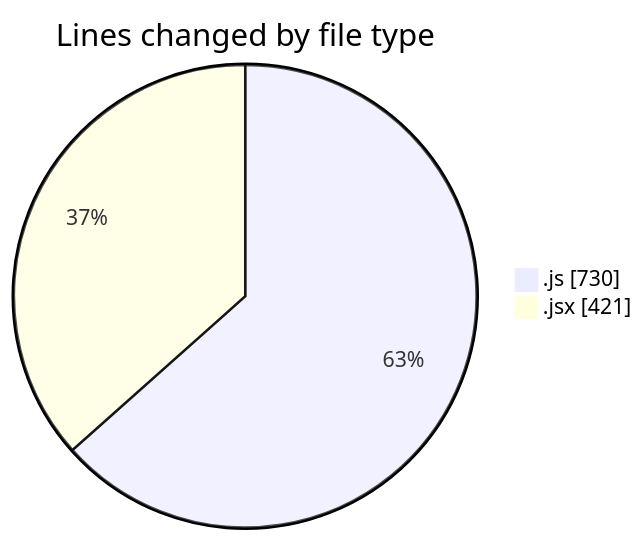
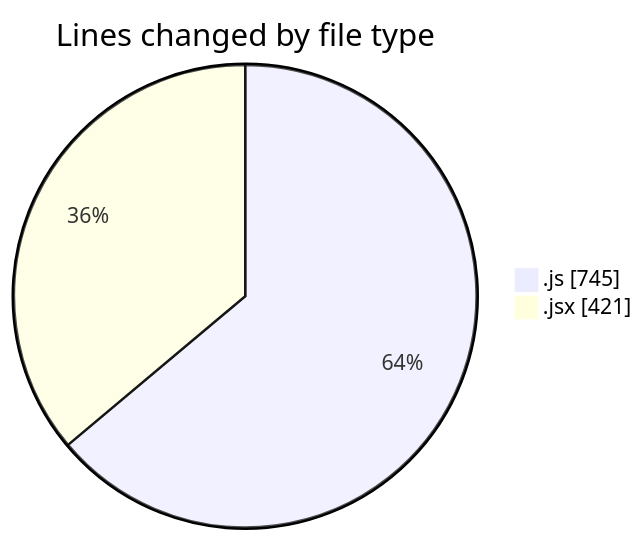
The first of 2 diagrams in 2025-10-26/nxtqube_webapp/README.md (nxtqubesakshisongat/code-tracking), drawn with Mermaid before and after one commit. The commit also changed other lines of this file and 1 other file, not shown here.

````diff
--- a/2025-10-26/nxtqube_webapp/README.md
+++ b/2025-10-26/nxtqube_webapp/README.md
@@ -21,6 +21,6 @@
 ```mermaid
 pie showData
 title Lines changed by file type
-".js" : 730
+".js" : 745
 ".jsx" : 421
 ```
````
